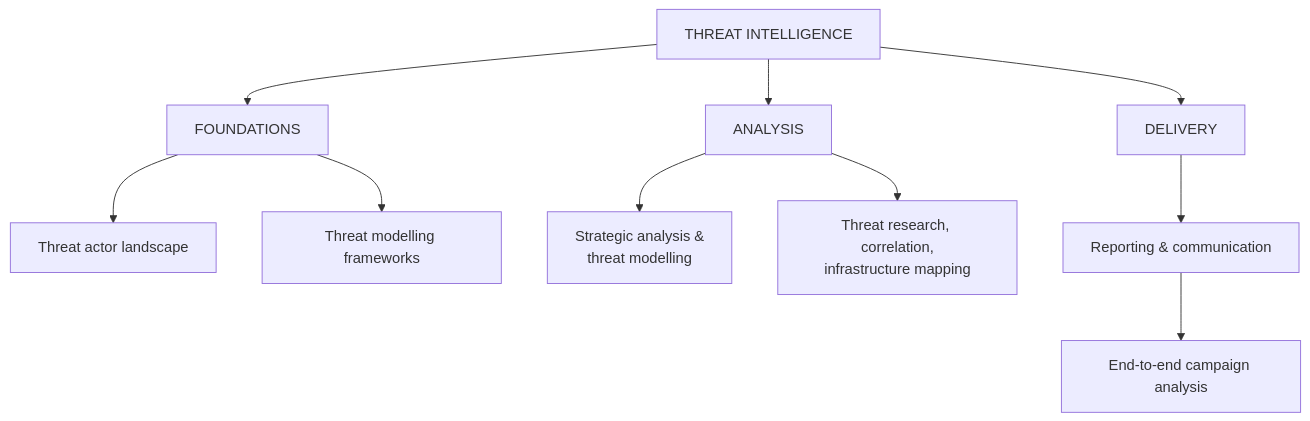
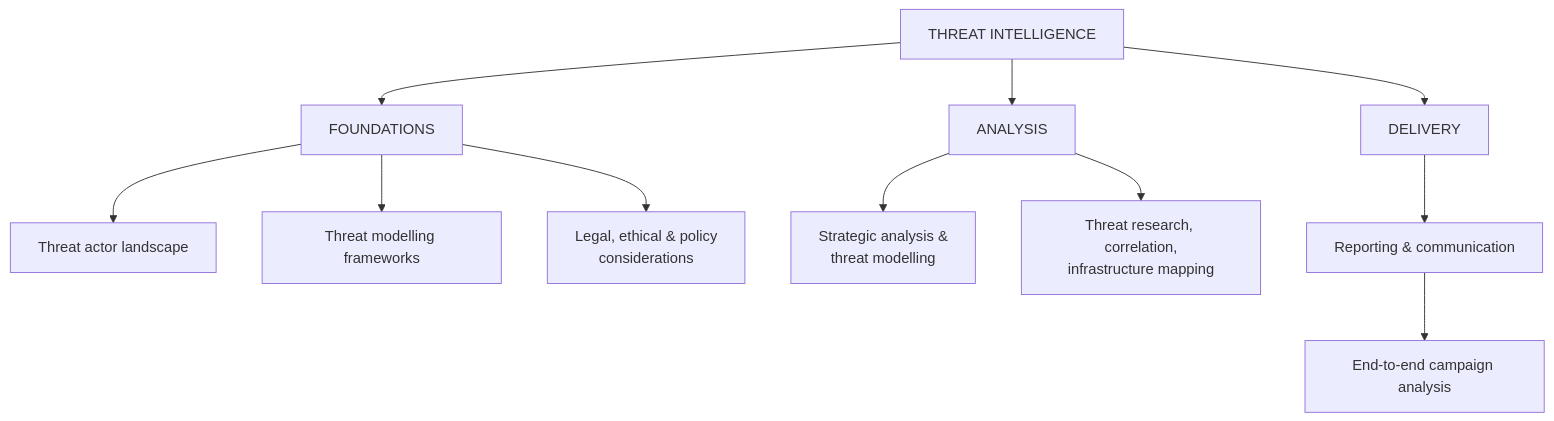
The first of 5 diagrams in COURSE_INTRODUCTION.md (rodrigo-albuquerque/thread_intelligence), drawn with Mermaid before and after one commit. The commit also changed other lines of this file and 1 other file, not shown here.

First line of the commit message:
Add legal, ethical and policy considerations reference

````diff
--- a/COURSE_INTRODUCTION.md
+++ b/COURSE_INTRODUCTION.md
@@ -7,20 +7,22 @@
 ```mermaid
 flowchart TD
     ROOT[THREAT INTELLIGENCE]
     F[FOUNDATIONS]
     A[ANALYSIS]
     D[DELIVERY]
     T1[Threat actor landscape]
     T1B[Threat modelling frameworks]
+    T1C[Legal, ethical &amp; policy<br/>considerations]
     T2[Strategic analysis &amp;<br/>threat modelling]
     T3[Threat research, correlation,<br/>infrastructure mapping]
     T4[Reporting &amp; communication]
     T5[End-to-end campaign analysis]
 
     ROOT --> F --> T1
     F --> T1B
+    F --> T1C
     ROOT --> A --> T2
     A --> T3
     ROOT --> D --> T4
     T4 --> T5
 ```
````
